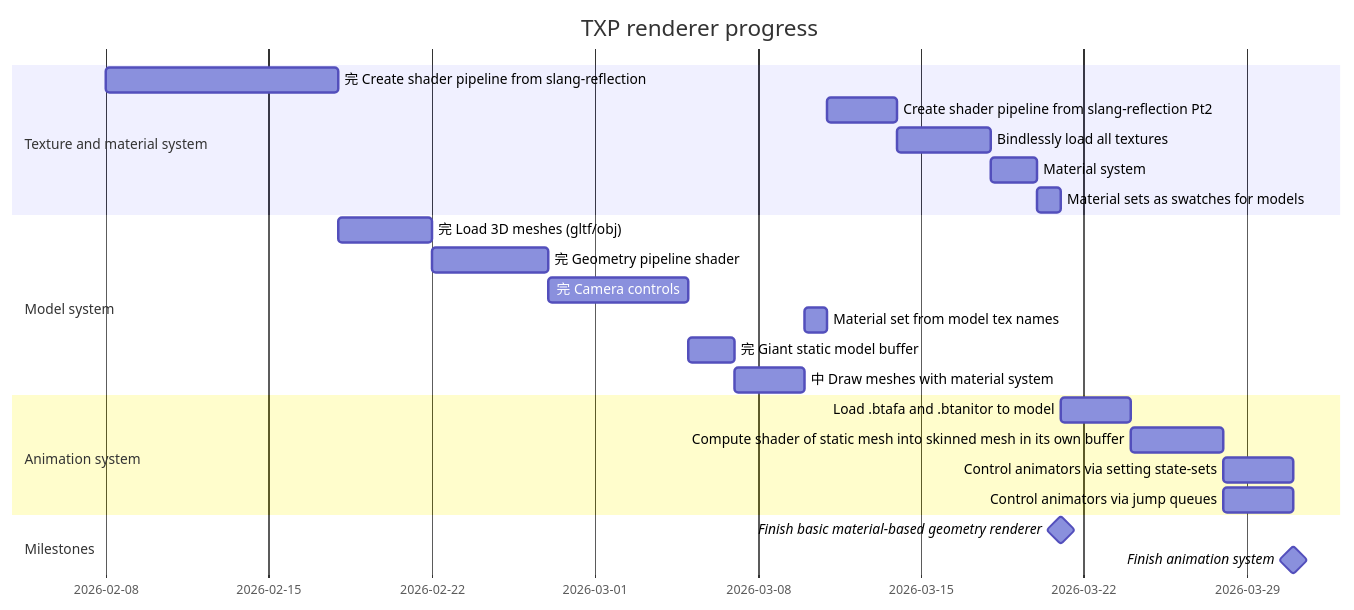
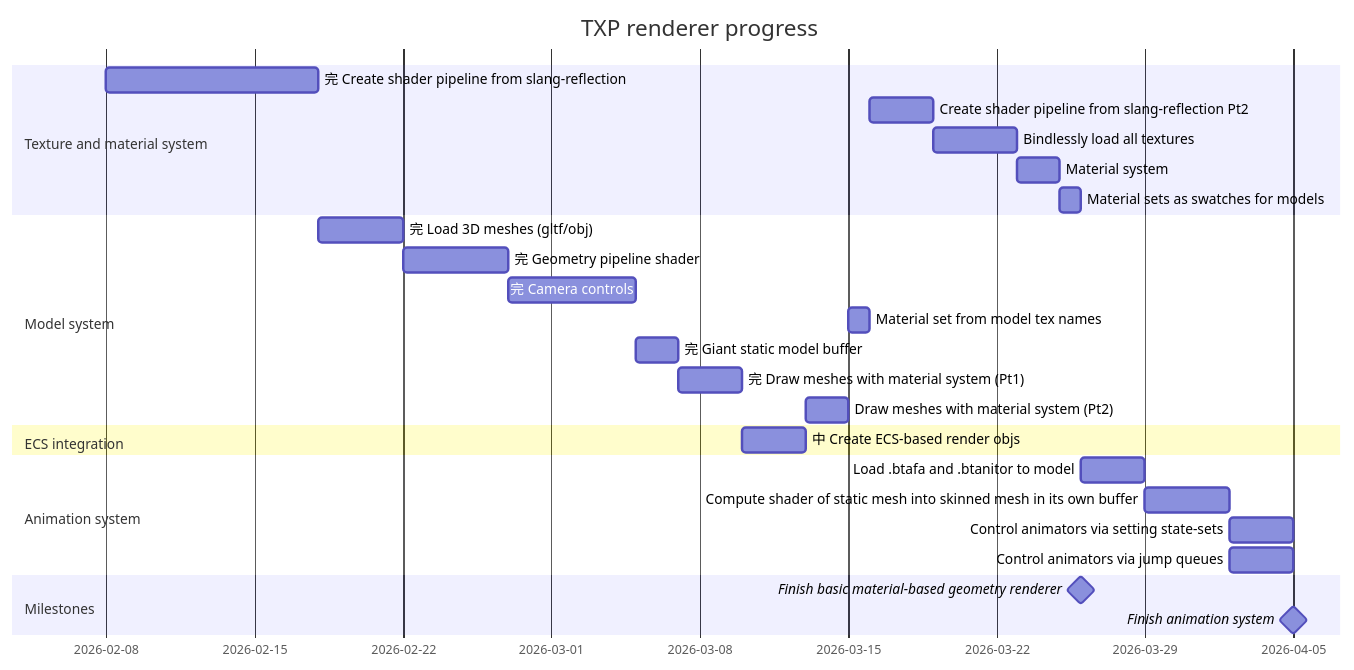
Before and after one commit to TheaGal/TXP_renderer: the second of 3 diagrams in README.md, drawn with Mermaid. The commit also changed 7 other files, not shown here.

Commit message:
impements EnTT-based render object creation

````diff
--- a/README.md
+++ b/README.md
@@ -95,26 +95,29 @@
 ```mermaid
 gantt
     title TXP renderer progress
     dateFormat YYYY/MM/DD
     section Texture and material system
         完 Create shader pipeline from slang-reflection  : a1, 2026/02/08, 10d
         Create shader pipeline from slang-reflection Pt2  : a1_1, after a6, 3d
         Bindlessly load all textures          : a2, after a1_1, 4d
         Material system                       : a3, after a2, 2d
         Material sets as swatches for models  : a4, after a3, 1d
     section Model system
         完 Load 3D meshes (gltf/obj)         : a5, after a1, 4d
         完 Geometry pipeline shader          : a5_1, after a5, 5d
         完 Camera controls                  : a5_2, after a5_1, 6d
-        Material set from model tex names : a6, after a8, 1d
+        Material set from model tex names : a6, after a14, 1d
         完 Giant static model buffer         : a7, after a5_2, 2d
-        中 Draw meshes with material system  : a8, after a7, 3d
+        完 Draw meshes with material system (Pt1)  : a8, after a7, 3d
+        Draw meshes with material system (Pt2)  : a14, after a13, 2d
+    section ECS integration
+        中 Create ECS-based render objs : a13, after a8, 3d
     section Animation system
         Load .btafa and .btanitor to model : a9, after m1, 3d
         Compute shader of static mesh into skinned mesh in its own buffer : a10, after a9, 4d
         Control animators via setting state-sets : a11, after a10, 3d
         Control animators via jump queues : a12, after a10, 3d
     section Milestones
         Finish basic material-based geometry renderer : milestone, m1, after a4, 0d
         Finish animation system : milestone, m2, after a12, 0d
 ```
````
